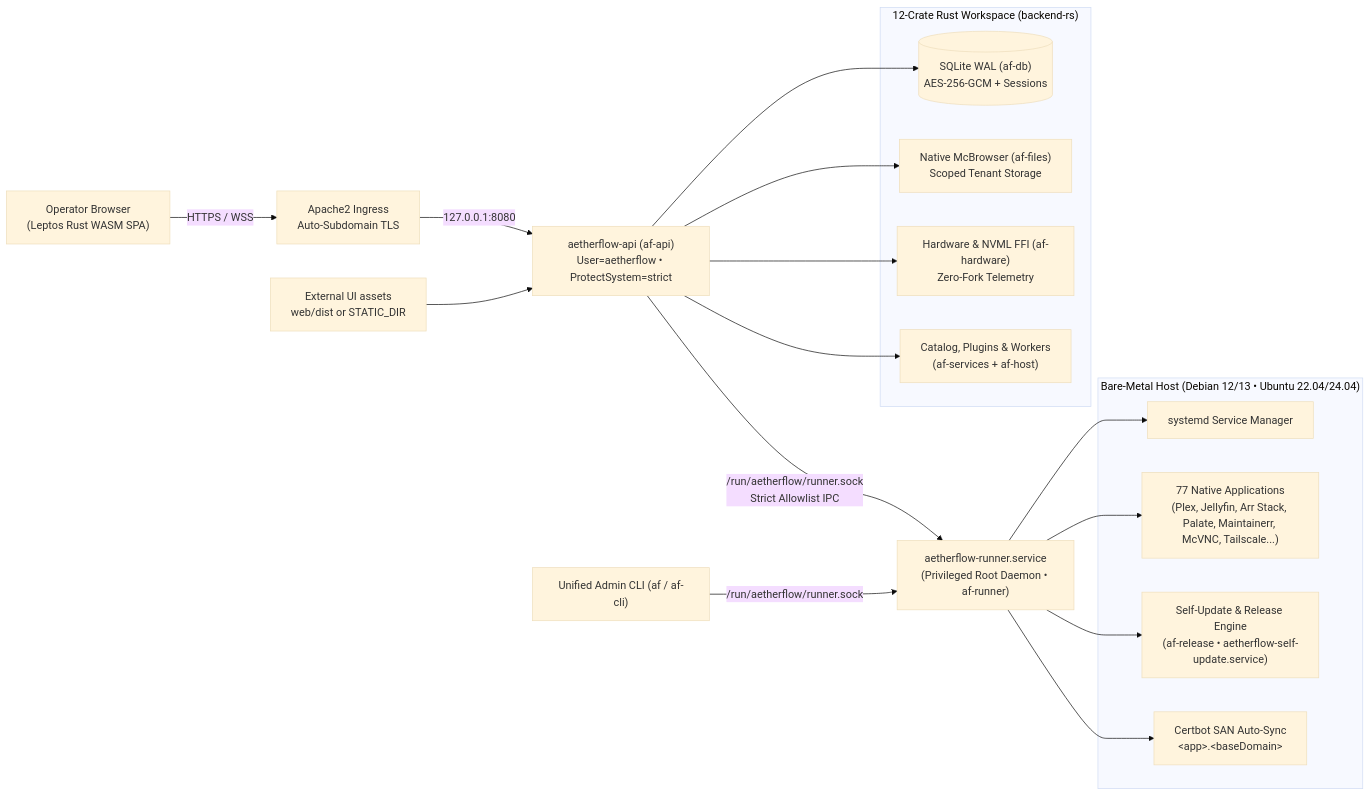
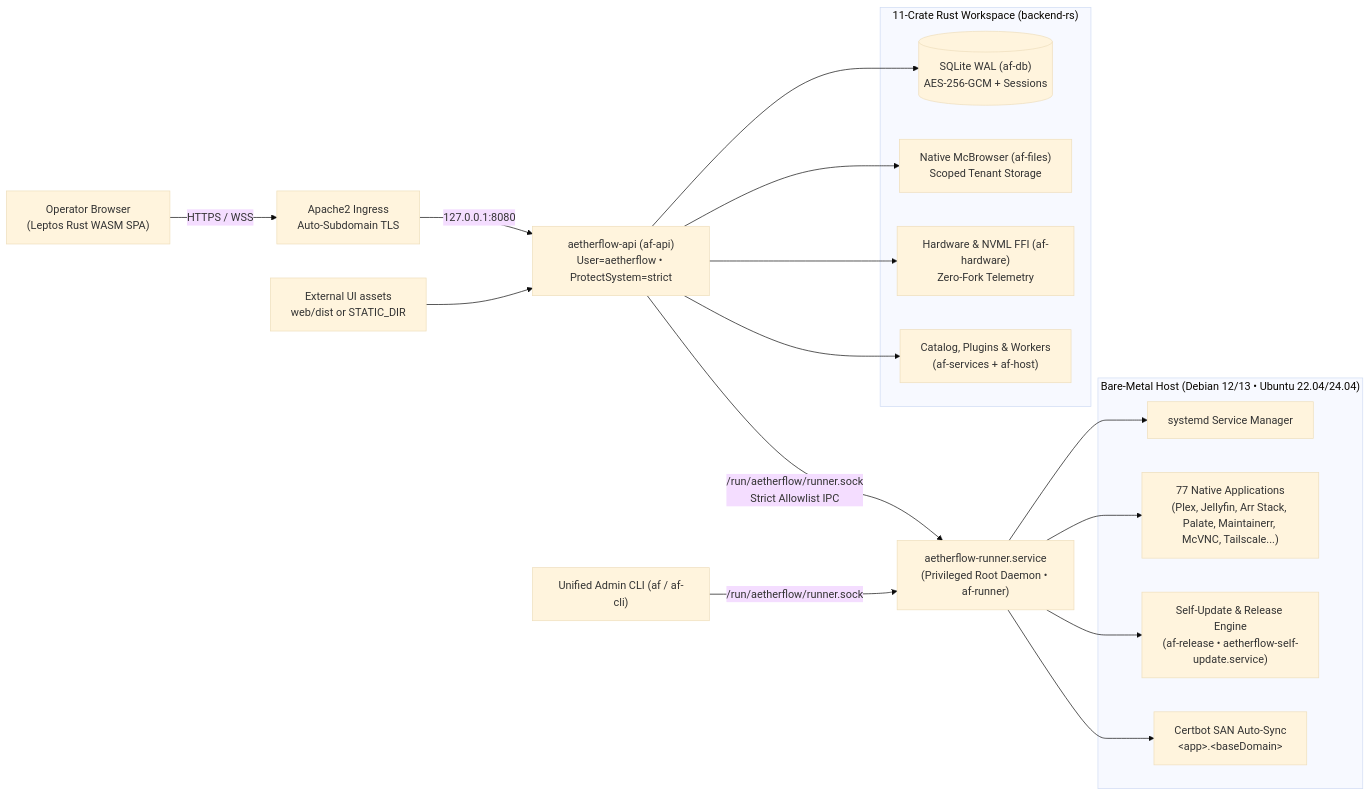
The diagram in README.md (McEveritts/AetherFlow), drawn with Mermaid (base theme) before and after one commit. The commit also changed other lines of this file and 1432 other files, not shown here.

````diff
--- a/README.md
+++ b/README.md
@@ -56,33 +56,33 @@
 ```mermaid
 flowchart LR
     Operator["Operator Browser<br/>(Leptos Rust WASM SPA)"] -->|HTTPS / WSS| Ingress["Apache2 Ingress<br/>Auto-Subdomain TLS"]
     Ingress -->|127.0.0.1:8080| API["aetherflow-api (af-api)<br/>User=aetherflow • ProtectSystem=strict"]
     Assets["External UI assets<br/>web/dist or STATIC_DIR"] --> API
 
-    subgraph RustWorkspace["12-Crate Rust Workspace (backend-rs)"]
+    subgraph RustWorkspace["11-Crate Rust Workspace (backend-rs)"]
         DB[("SQLite WAL (af-db)<br/>AES-256-GCM + Sessions")]
         Files["Native McBrowser (af-files)<br/>Scoped Tenant Storage"]
         HW["Hardware & NVML FFI (af-hardware)<br/>Zero-Fork Telemetry"]
         Services["Catalog, Plugins & Workers<br/>(af-services + af-host)"]
     end
 
     API --> DB
     API --> Files
     API --> HW
     API --> Services
 
     API -->|"/run/aetherflow/runner.sock"<br/>Strict Allowlist IPC| Runner["aetherflow-runner.service<br/>(Privileged Root Daemon • af-runner)"]
     CLI["Unified Admin CLI (af / af-cli)"] -->|"/run/aetherflow/runner.sock"| Runner
 
     subgraph BareMetal["Bare-Metal Host (Debian 12/13 • Ubuntu 22.04/24.04)"]
         Systemd["systemd Service Manager"]
         Catalog["77 Native Applications<br/>(Plex, Jellyfin, Arr Stack, Palate, Maintainerr, McVNC, Tailscale...)"]
         Updater["Self-Update & Release Engine<br/>(af-release • aetherflow-self-update.service)"]
         CertSync["Certbot SAN Auto-Sync<br/>&lt;app&gt;.&lt;baseDomain&gt;"]
     end
 
     Runner --> Systemd
     Runner --> Catalog
     Runner --> Updater
     Runner --> CertSync
 ```
````
